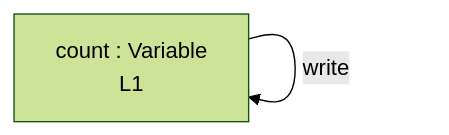
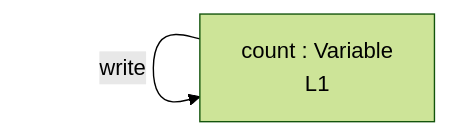
The diagram in integration/fixtures/minimal-let/preview.md (crescware/unsnarl), drawn with Mermaid (forest theme) before and after one commit. The commit also changed 27 other files, not shown here.

First line of the commit message:
feat(mermaid): subgraphs + RL layout + dataflow arrows

````diff
--- a/integration/fixtures/minimal-let/preview.md
+++ b/integration/fixtures/minimal-let/preview.md
@@ -12,5 +12,5 @@
 ```mermaid
-flowchart LR
+flowchart RL
   n_scope_0_count_4["count : Variable\nL1"]
   n_scope_0_count_4 -->|write| n_scope_0_count_4
 ```
````
